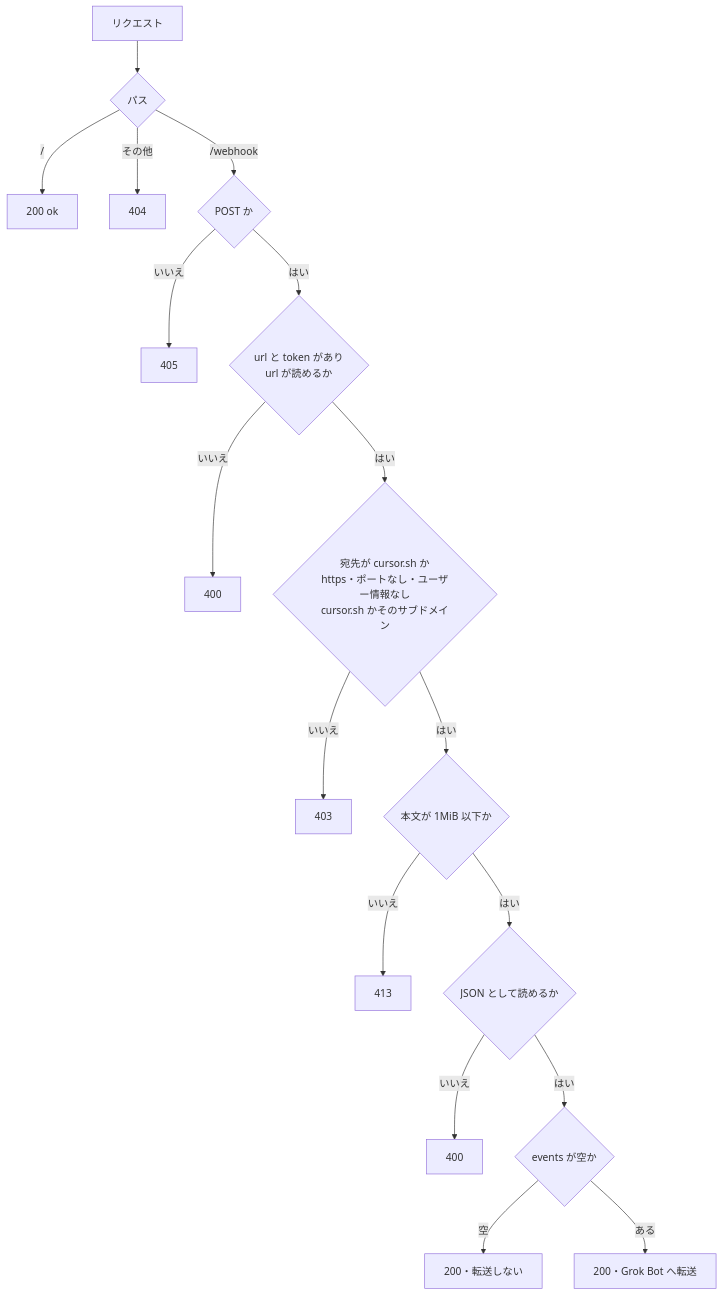
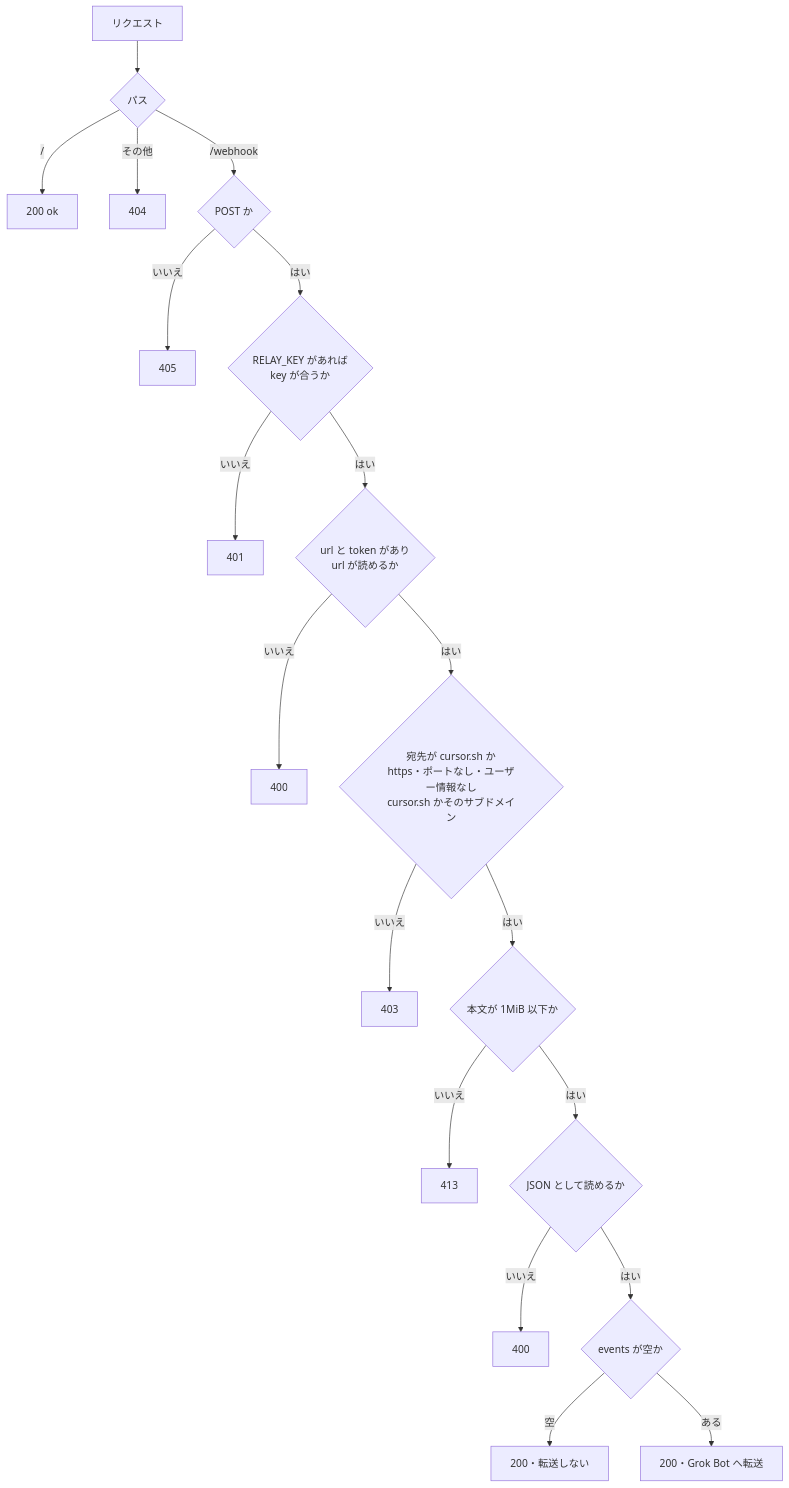
Before and after one commit to keesmark/grok-bot-harness-line: the second of 2 diagrams in README.md, drawn with Mermaid. The commit also changed other lines of this file and 6 other files, not shown here.

First line of the commit message:
Optionally require a relay key so the Worker cannot be used as a relay

````diff
--- a/README.md
+++ b/README.md
@@ -65,19 +79,21 @@
 ```mermaid
 flowchart TD
     A[リクエスト] --> B{パス}
     B -- / --> OK[200 ok]
     B -- その他 --> N404[404]
     B -- /webhook --> C{POST か}
     C -- いいえ --> N405[405]
-    C -- はい --> D{url と token があり<br/>url が読めるか}
+    C -- はい --> K{RELAY_KEY があれば<br/>key が合うか}
+    K -- いいえ --> N401[401]
+    K -- はい --> D{url と token があり<br/>url が読めるか}
     D -- いいえ --> N400a[400]
     D -- はい --> E{宛先が cursor.sh か<br/>https・ポートなし・ユーザー情報なし<br/>cursor.sh かそのサブドメイン}
     E -- いいえ --> N403[403]
     E -- はい --> F{本文が 1MiB 以下か}
     F -- いいえ --> N413[413]
     F -- はい --> G{JSON として読めるか}
     G -- いいえ --> N400b[400]
     G -- はい --> H{events が空か}
     H -- 空 --> R200a[200・転送しない]
     H -- ある --> R200b[200・Grok Bot へ転送]
 ```
````
